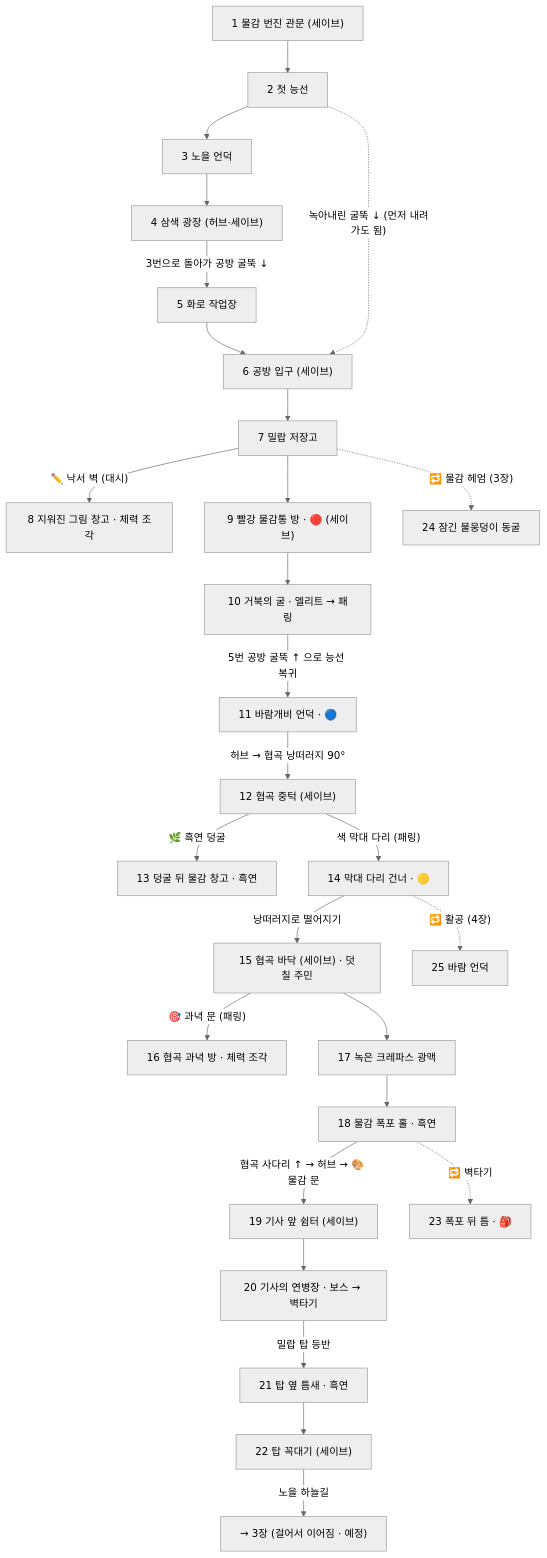
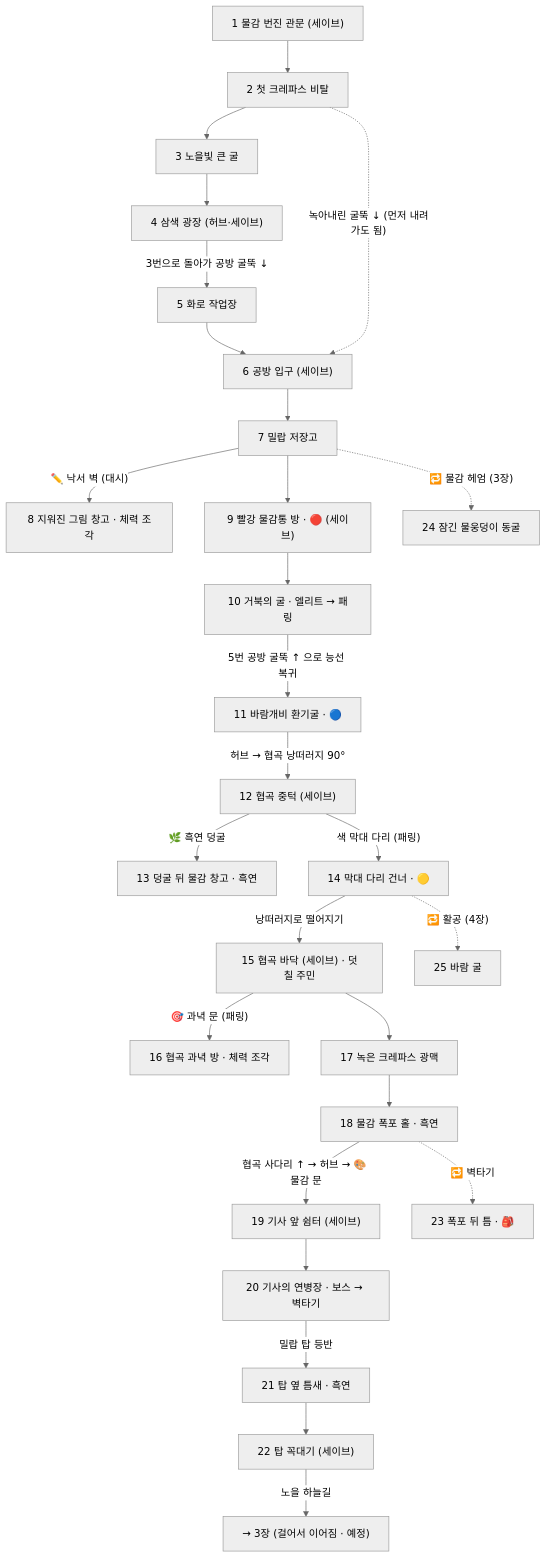
One commit to lde0707/Unfinished-Sketchbook changed the diagram in Docs/13_2지역_크레파스언덕_맵.md. Above: the diagram before and after it, drawn with Mermaid (neutral theme). The commit also changed other lines of this file and 31 other files, not shown here.

````diff
--- a/Docs/13_2지역_크레파스언덕_맵.md
+++ b/Docs/13_2지역_크레파스언덕_맵.md
@@ -84,20 +84,20 @@
 ```mermaid
 flowchart TD
-  R1["1 물감 번진 관문 (세이브)"] --> R2["2 첫 능선"] --> R3["3 노을 언덕"] --> R4["4 삼색 광장 (허브·세이브)"]
+  R1["1 물감 번진 관문 (세이브)"] --> R2["2 첫 크레파스 비탈"] --> R3["3 노을빛 큰 굴"] --> R4["4 삼색 광장 (허브·세이브)"]
   R4 -->|"3번으로 돌아가 공방 굴뚝 ↓"| R5["5 화로 작업장"] --> R6["6 공방 입구 (세이브)"] --> R7["7 밀랍 저장고"]
   R2 -.->|"녹아내린 굴뚝 ↓ (먼저 내려가도 됨)"| R6
   R7 -->|"✏️ 낙서 벽 (대시)"| R8["8 지워진 그림 창고 · 체력 조각"]
   R7 --> R9["9 빨강 물감통 방 · 🔴 (세이브)"] --> R10["10 거북의 굴 · 엘리트 → 패링"]
-  R10 -->|"5번 공방 굴뚝 ↑ 으로 능선 복귀"| R11["11 바람개비 언덕 · 🔵"]
+  R10 -->|"5번 공방 굴뚝 ↑ 으로 능선 복귀"| R11["11 바람개비 환기굴 · 🔵"]
   R11 -->|"허브 → 협곡 낭떠러지 90°"| R12["12 협곡 중턱 (세이브)"]
   R12 -->|"🌿 흑연 덩굴"| R13["13 덩굴 뒤 물감 창고 · 흑연"]
   R12 -->|"색 막대 다리 (패링)"| R14["14 막대 다리 건너 · 🟡"]
   R14 -->|"낭떠러지로 떨어지기"| R15["15 협곡 바닥 (세이브) · 덧칠 주민"]
   R15 -->|"🎯 과녁 문 (패링)"| R16["16 협곡 과녁 방 · 체력 조각"]
   R15 --> R17["17 녹은 크레파스 광맥"] --> R18["18 물감 폭포 홀 · 흑연"]
   R18 -->|"협곡 사다리 ↑ → 허브 → 🎨 물감 문"| R19["19 기사 앞 쉼터 (세이브)"] --> R20["20 기사의 연병장 · 보스 → 벽타기"]
   R20 -->|"밀랍 탑 등반"| R21["21 탑 옆 틈새 · 흑연"] --> R22["22 탑 꼭대기 (세이브)"] -->|"노을 하늘길"| EXIT["→ 3장 (걸어서 이어짐 · 예정)"]
   R18 -.->|"🔁 벽타기"| R23["23 폭포 뒤 틈 · 🎒"]
   R7 -.->|"🔁 물감 헤엄 (3장)"| R24["24 잠긴 물웅덩이 동굴"]
-  R14 -.->|"🔁 활공 (4장)"| R25["25 바람 언덕"]
+  R14 -.->|"🔁 활공 (4장)"| R25["25 바람 굴"]
 ```
````
